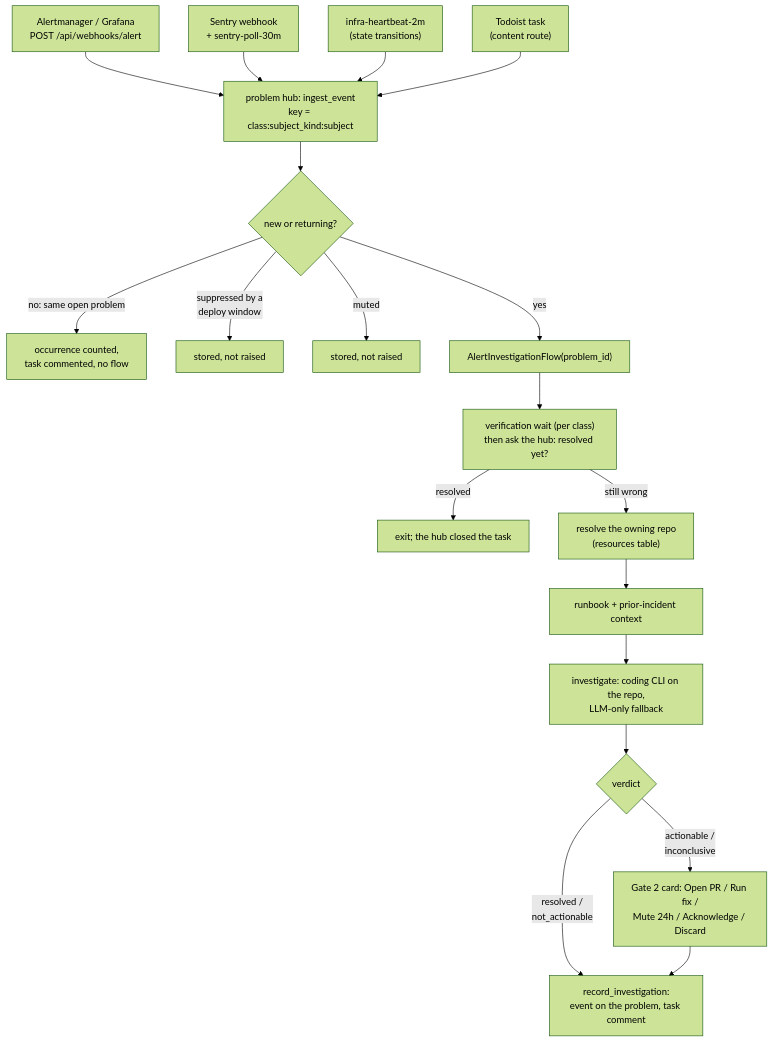
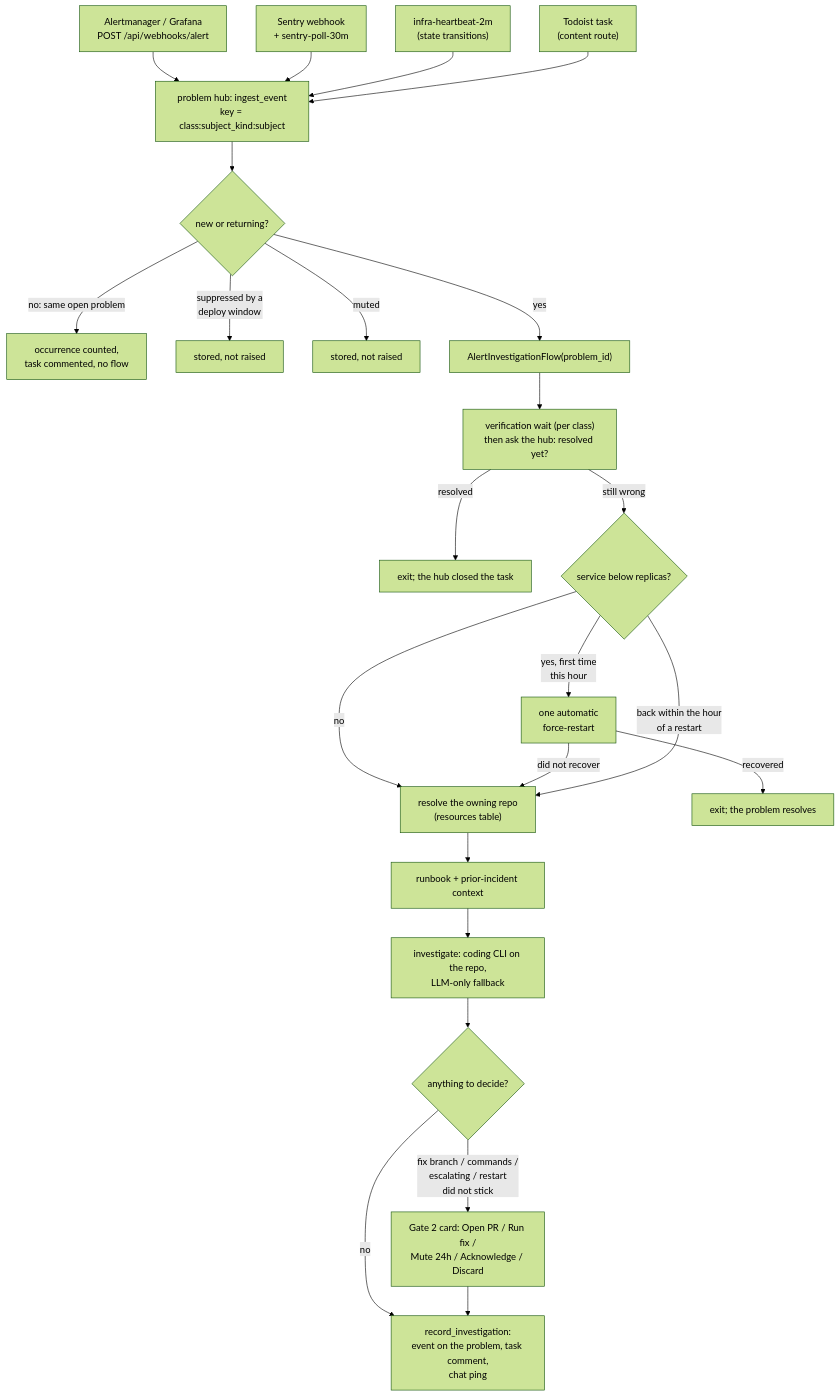
The second of 2 diagrams in docs/how-it-works.md (hikmahtech/aegis), drawn with Mermaid (forest theme) before and after one commit. The commit also changed other lines of this file and 2 other files, not shown here.

Commit message:
docs(alerts): when Pandora sends a card, and the once-per-window restart

````diff
--- a/docs/how-it-works.md
+++ b/docs/how-it-works.md
@@ -481,21 +481,26 @@
 ```mermaid
 flowchart TD
     AM["Alertmanager / Grafana<br/>POST /api/webhooks/alert"] --> HUB
     SN["Sentry webhook<br/>+ sentry-poll-30m"] --> HUB
     HB["infra-heartbeat-2m<br/>(state transitions)"] --> HUB
     TT["Todoist task<br/>(content route)"] --> HUB
     HUB["problem hub: ingest_event<br/>key = class:subject_kind:subject"] --> DEC{"new or returning?"}
     DEC -- "no: same open problem" --> X2["occurrence counted,<br/>task commented, no flow"]
     DEC -- "suppressed by a<br/>deploy window" --> X3["stored, not raised"]
     DEC -- "muted" --> X4["stored, not raised"]
     DEC -- yes --> AI["AlertInvestigationFlow(problem_id)"]
     AI --> VD["verification wait (per class)<br/>then ask the hub: resolved yet?"]
     VD -- resolved --> X5["exit; the hub closed the task"]
-    VD -- "still wrong" --> RR["resolve the owning repo<br/>(resources table)"]
+    VD -- "still wrong" --> RS{"service below replicas?"}
+    RS -- "no" --> RR["resolve the owning repo<br/>(resources table)"]
+    RS -- "yes, first time<br/>this hour" --> FR["one automatic<br/>force-restart"]
+    FR -- recovered --> X6["exit; the problem resolves"]
+    FR -- "did not recover" --> RR
+    RS -- "back within the hour<br/>of a restart" --> RR
     RR --> KC["runbook + prior-incident context"]
     KC --> IV["investigate: coding CLI on the repo,<br/>LLM-only fallback"]
-    IV --> VE{"verdict"}
-    VE -- "resolved /<br/>not_actionable" --> NO["record_investigation:<br/>event on the problem, task comment"]
-    VE -- "actionable /<br/>inconclusive" --> G2["Gate 2 card: Open PR / Run fix /<br/>Mute 24h / Acknowledge / Discard"]
+    IV --> VE{"anything to decide?"}
+    VE -- "no" --> NO["record_investigation:<br/>event on the problem, task comment,<br/>chat ping"]
+    VE -- "fix branch / commands /<br/>escalating / restart<br/>did not stick" --> G2["Gate 2 card: Open PR / Run fix /<br/>Mute 24h / Acknowledge / Discard"]
     G2 --> NO
 ```
````
